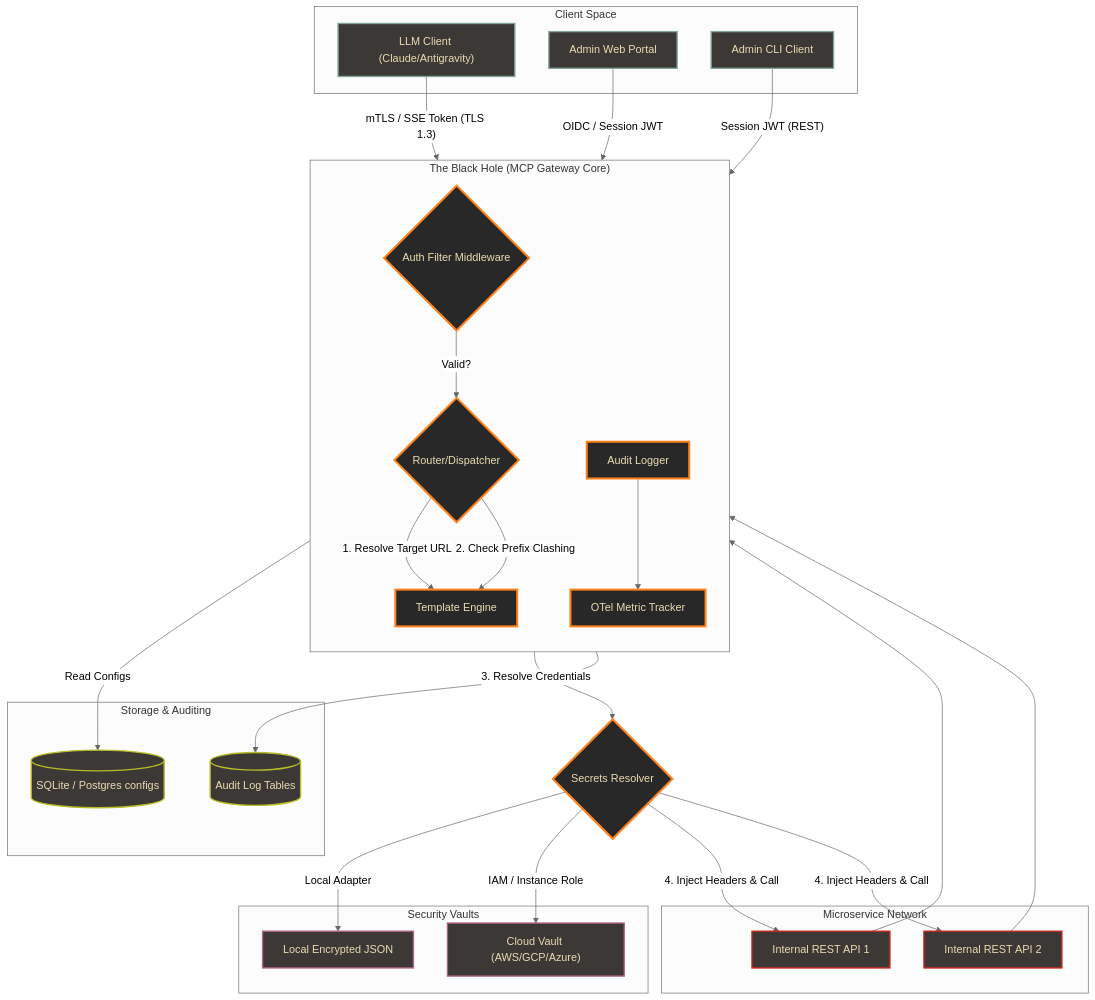
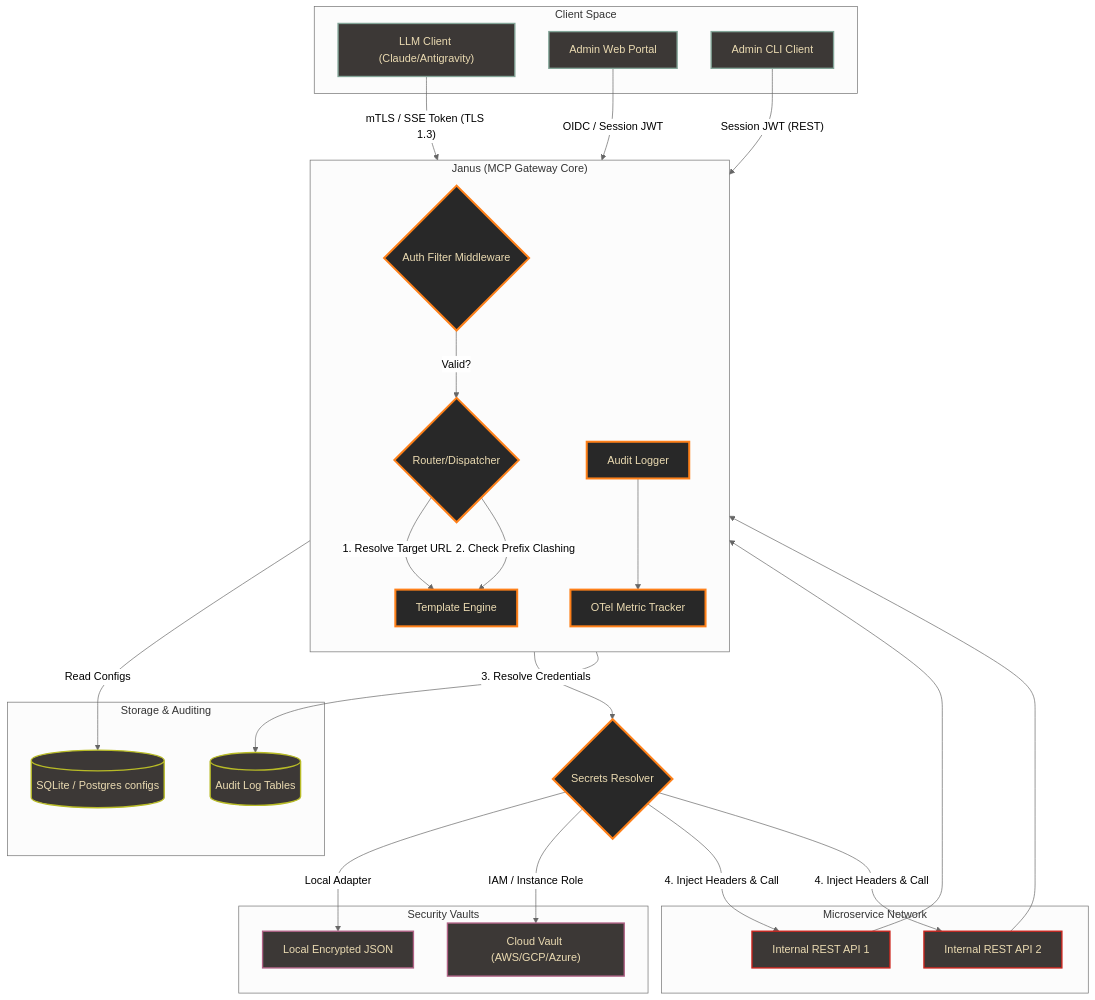
The first of 3 diagrams in README.md (olafkfreund/janus), drawn with Mermaid (neutral theme) before and after one commit. The commit also changed 7 other files, not shown here.

````diff
--- a/README.md
+++ b/README.md
@@ -85,60 +85,60 @@
 ```mermaid
 graph TD
     %% Custom Styling matching Gruvbox Dark
     classDef client fill:#3c3836,stroke:#83a598,stroke-width:2px,color:#ebdbb2;
     classDef gateway fill:#282828,stroke:#fe8019,stroke-width:3px,color:#ebdbb2;
     classDef vault fill:#3c3836,stroke:#b16286,stroke-width:2px,color:#ebdbb2;
     classDef storage fill:#3c3836,stroke:#b8bb26,stroke-width:2px,color:#ebdbb2;
     classDef target fill:#3c3836,stroke:#cc241d,stroke-width:2px,color:#ebdbb2;
     
     subgraph Client Space ["Client Space"]
         C["LLM Client (Claude/Antigravity)"]:::client
         P["Admin Web Portal"]:::client
         CLI["Admin CLI Client"]:::client
     end
 
-    subgraph TheBlackHole ["The Black Hole (MCP Gateway Core)"]
+    subgraph Janus ["Janus (MCP Gateway Core)"]
         direction TB
         Auth{"Auth Filter Middleware"}:::gateway
         Router{"Router/Dispatcher"}:::gateway
         Renderer["Template Engine"]:::gateway
         Audit["Audit Logger"]:::gateway
         OTel["OTel Metric Tracker"]:::gateway
     end
     
     subgraph Storage ["Storage & Auditing"]
         DB[("SQLite / Postgres configs")]:::storage
         Logs[("Audit Log Tables")]:::storage
     end
 
     subgraph Security ["Security Vaults"]
         Local["Local Encrypted JSON"]:::vault
         Cloud["Cloud Vault (AWS/GCP/Azure)"]:::vault
     end
 
     subgraph Internal ["Microservice Network"]
         API1["Internal REST API 1"]:::target
         API2["Internal REST API 2"]:::target
     end
 
     C -- "mTLS / SSE Token (TLS 1.3)" --> Auth
     P -- "OIDC / Session JWT" --> Auth
     CLI -- "Session JWT (REST)" --> Auth
 
     Auth -- "Valid?" --> Router
     Router -- "Read Configs" --> DB
     Router -- "1. Resolve Target URL" --> Renderer
     Router -- "2. Check Prefix Clashing" --> Renderer
     
     Renderer -- "3. Resolve Credentials" --> VaultResolver{"Secrets Resolver"}:::gateway
     VaultResolver -- "Local Adapter" --> Local
     VaultResolver -- "IAM / Instance Role" --> Cloud
 
     VaultResolver -- "4. Inject Headers & Call" --> API1
     VaultResolver -- "4. Inject Headers & Call" --> API2
 
     API1 --> Audit
     API2 --> Audit
     Audit --> Logs
     Audit --> OTel
 ```
````
